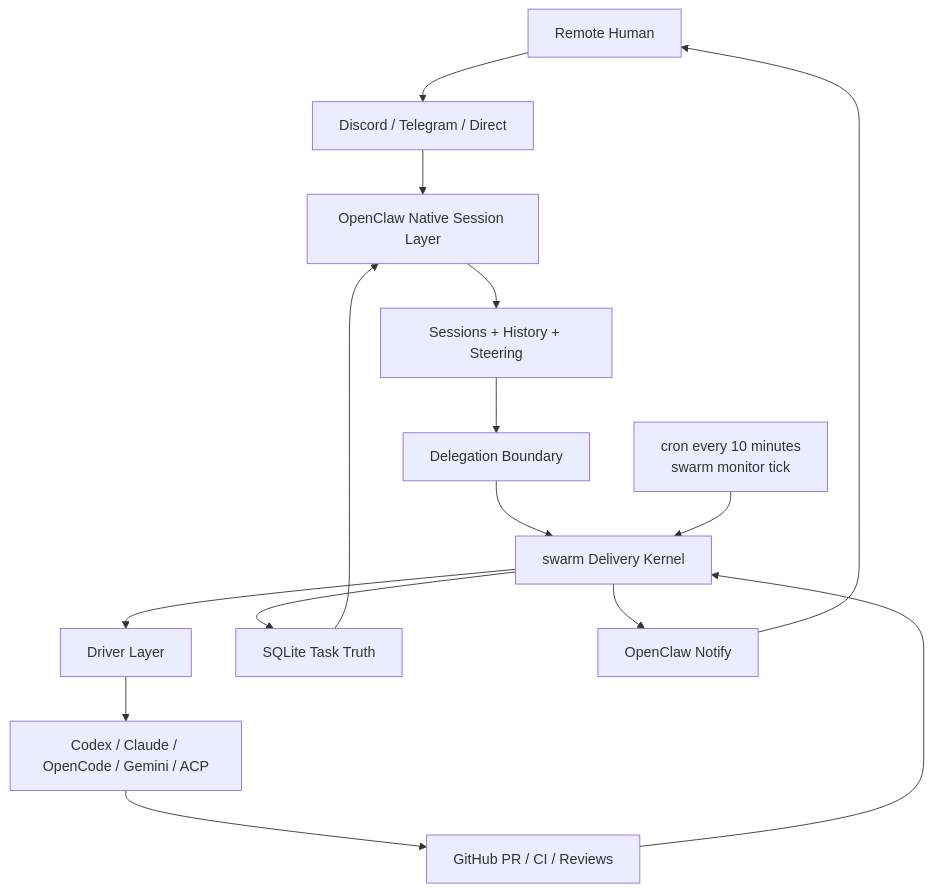
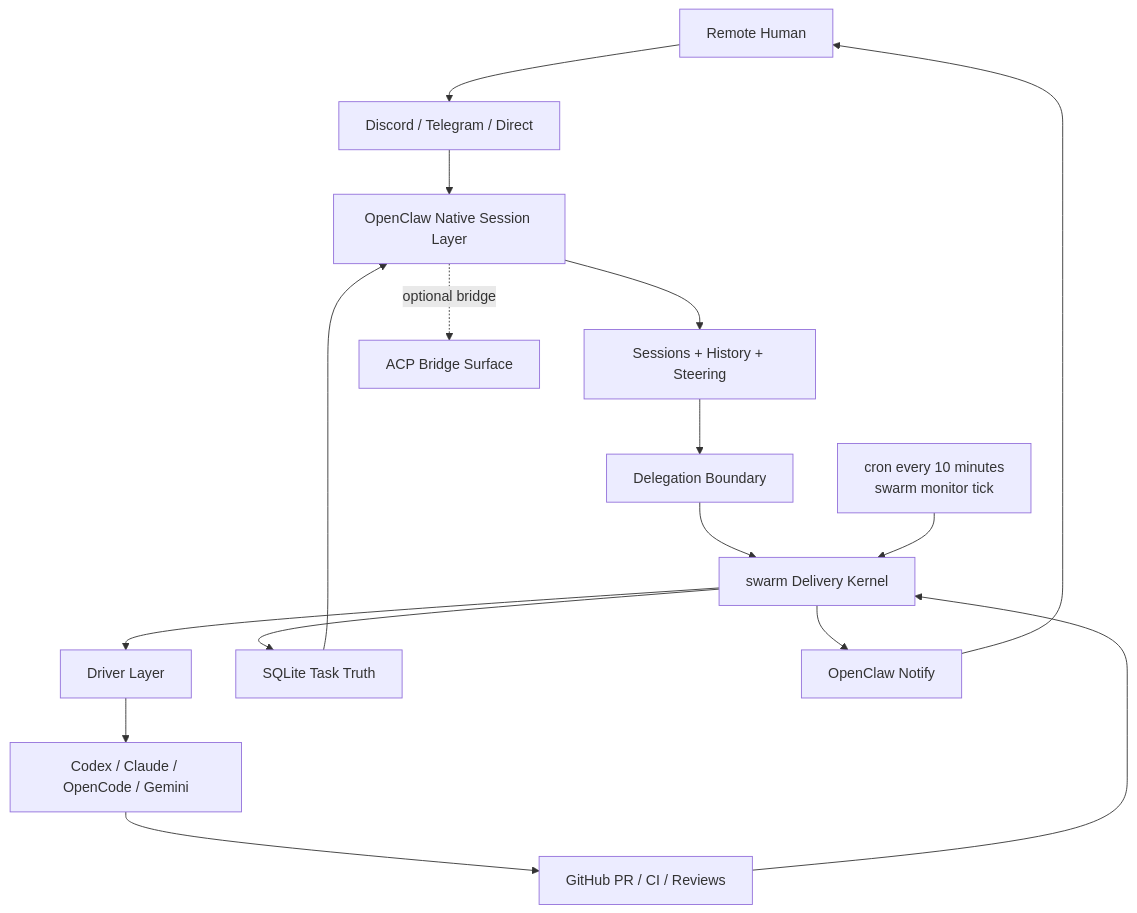
One commit to 30XCOMPANY/openclaw-swarm-core changed the diagram in README.md. Above: the diagram before and after it, drawn with Mermaid. The commit also changed other lines of this file and 27 other files, not shown here.

````diff
--- a/README.md
+++ b/README.md
@@ -118,30 +152,32 @@
 ```mermaid
 flowchart TB
     HUMAN["Remote Human"]
     CH["Discord / Telegram / Direct"]
     OC["OpenClaw Native Session Layer"]
     SES["Sessions + History + Steering"]
     DEL["Delegation Boundary"]
     SW["swarm Delivery Kernel"]
     DR["Driver Layer"]
-    HAR["Codex / Claude / OpenCode / Gemini / ACP"]
+    HAR["Codex / Claude / OpenCode / Gemini"]
+    ACP["ACP Bridge Surface"]
     GH["GitHub PR / CI / Reviews"]
     DB["SQLite Task Truth"]
     NT["OpenClaw Notify"]
 
     HUMAN --> CH
     CH --> OC
     OC --> SES
     SES --> DEL
     DEL --> SW
     SW --> DR
     DR --> HAR
     HAR --> GH
+    OC -. optional bridge .-> ACP
     GH --> SW
     SW --> DB
     DB --> OC
     SW --> NT
     NT --> HUMAN
 
     TICK["cron every 10 minutes<br/>swarm monitor tick"] --> SW
 ```
````
